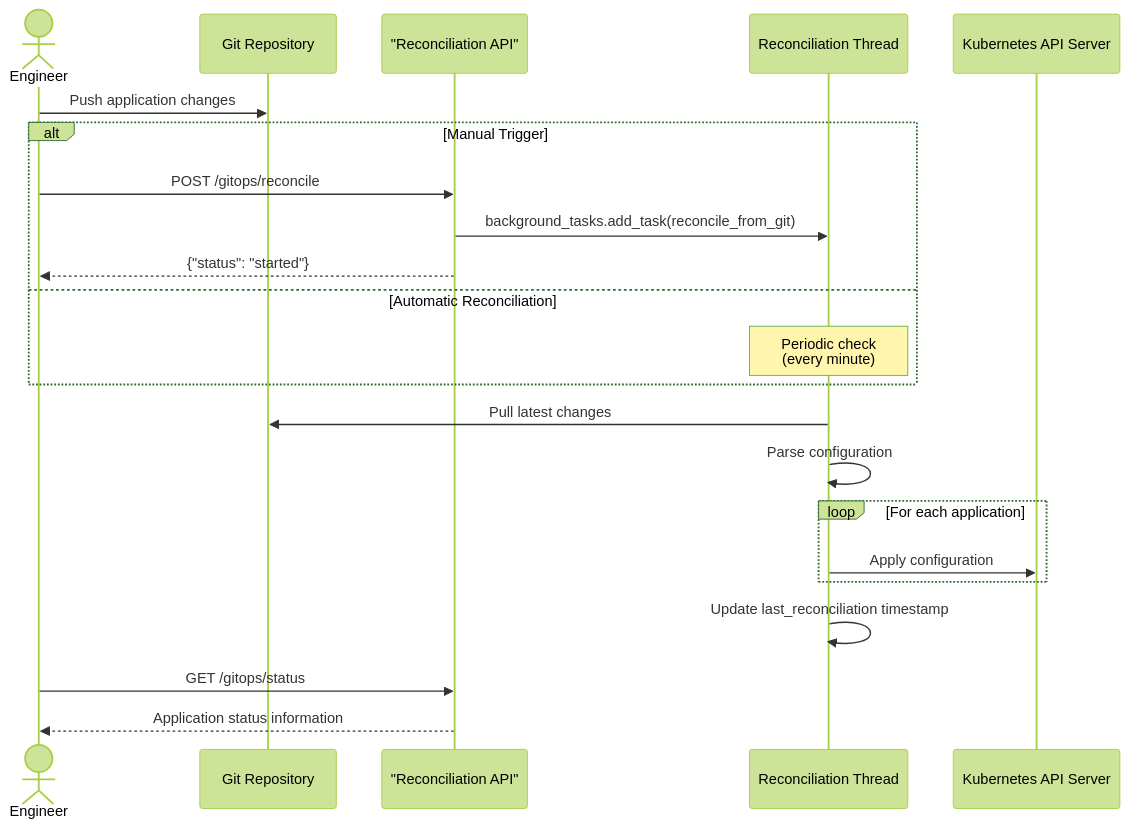
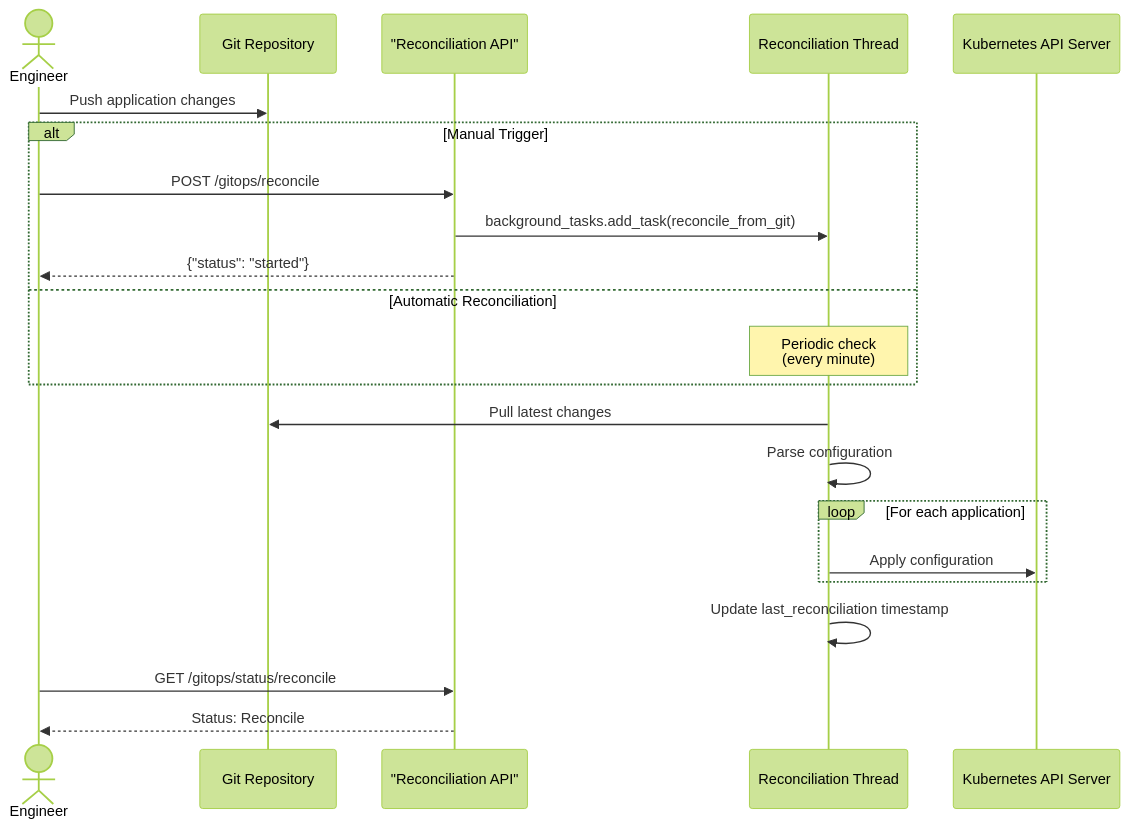
The second of 11 diagrams in README.md (lloydchang/tvp-k8s), drawn with Mermaid (forest theme) before and after one commit. The commit also changed other lines of this file and 4 other files, not shown here.

````diff
--- a/README.md
+++ b/README.md
@@ -362,30 +362,30 @@
 ```mermaid
 sequenceDiagram
     actor Eng as Engineer
     participant Git as Git Repository
     participant API as "Reconciliation API"
     participant Thread as Reconciliation Thread
     participant Kubernetes as Kubernetes API Server
     
     Eng->>Git: Push application changes
     
     alt Manual Trigger
         Eng->>API: POST /gitops/reconcile
         API->>Thread: background_tasks.add_task(reconcile_from_git)
         API-->>Eng: {"status": "started"}
     else Automatic Reconciliation
         Note over Thread: Periodic check<br>(every minute)
     end
     
     Thread->>Git: Pull latest changes
     Thread->>Thread: Parse configuration
     
     loop For each application
         Thread->>Kubernetes: Apply configuration
     end
     
     Thread->>Thread: Update last_reconciliation timestamp
     
-    Eng->>API: GET /gitops/status
-    API-->>Eng: Application status information
+    Eng->>API: GET /gitops/status/reconcile
+    API-->>Eng: Status: Reconcile
 ```
````
